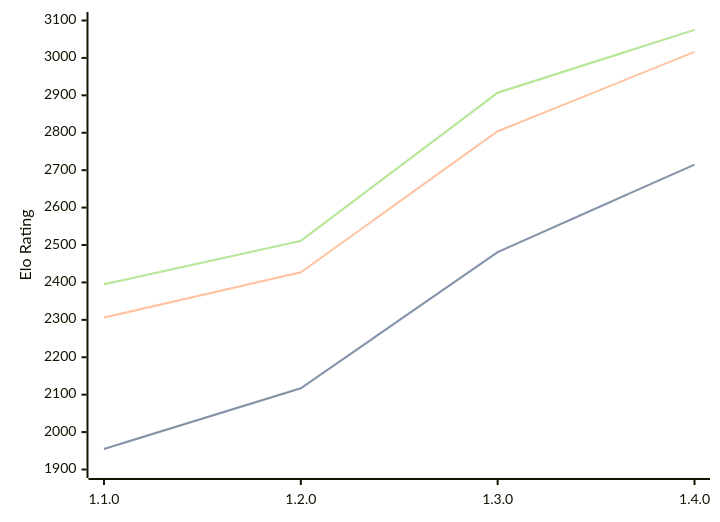
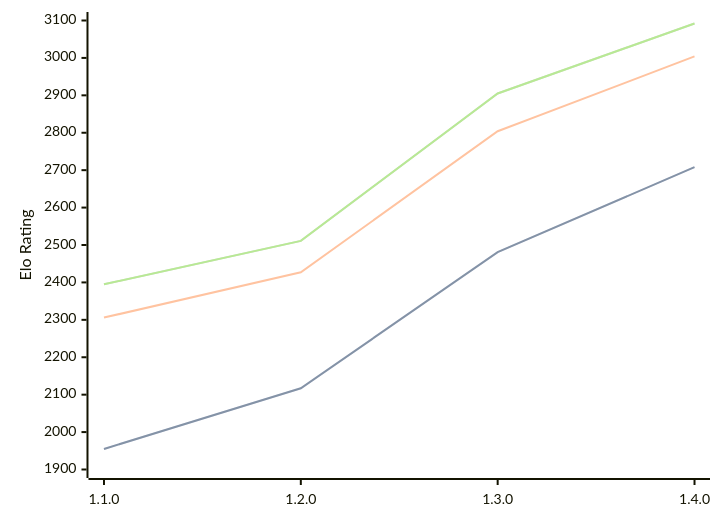
Before and after one commit to computer-chess-index/cci: the diagram in engines/Gyatso.md, drawn with Mermaid. The commit also changed other lines of this file, not shown here.

Commit message:
Update CCI Ratings (ELO VLTC) - 2026-06-09

````diff
--- a/engines/Gyatso.md
+++ b/engines/Gyatso.md
@@ -35,11 +35,11 @@
 ```mermaid
 %%{init: {"theme":"base","themeVariables":{"seriesColors:['#a3a3a3','#222221','#faa371']}}}%%
 xychart-beta
   x-axis ["1.1.0", "1.2.0", "1.3.0", "1.4.0"]
   y-axis "Elo Rating" 1900 --> 3100
-  line "STC (8.0+0.08s)" [1955, 2117, 2481, 2715]
-  line "STC (8.0+0.08s)" [1955, 2117, 2481, 2715]
-  line "LTC (60.0+0.60s)" [2306, 2427, 2804, 3016]
-  line "VLTC (2m24s+1.12s)" [2395, 2511, 2907, 3075]
-  line "VLTC (2m24s+1.12s)" [2395, 2511, 2907, 3075]
+  line "STC (8.0+0.08s)" [1955, 2117, 2481, 2708]
+  line "STC (8.0+0.08s)" [1955, 2117, 2481, 2708]
+  line "LTC (60.0+0.60s)" [2306, 2427, 2804, 3004]
+  line "VLTC (2m24s+1.12s)" [2395, 2511, 2905, 3092]
+  line "VLTC (2m24s+1.12s)" [2395, 2511, 2905, 3092]
 ```
````
